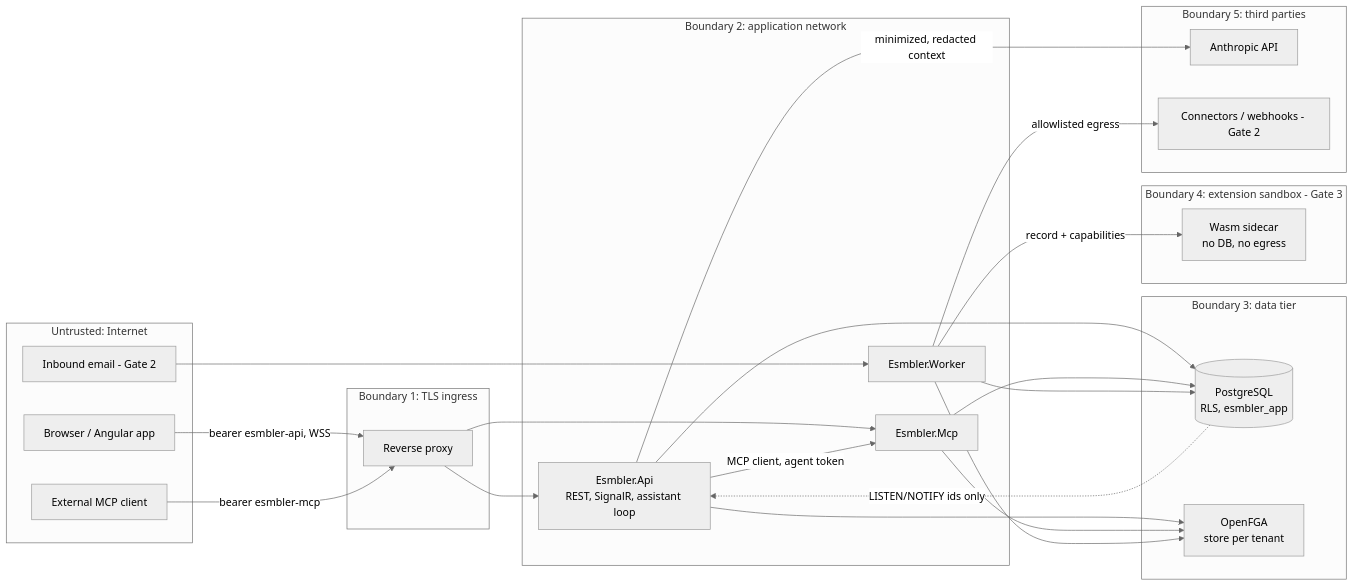
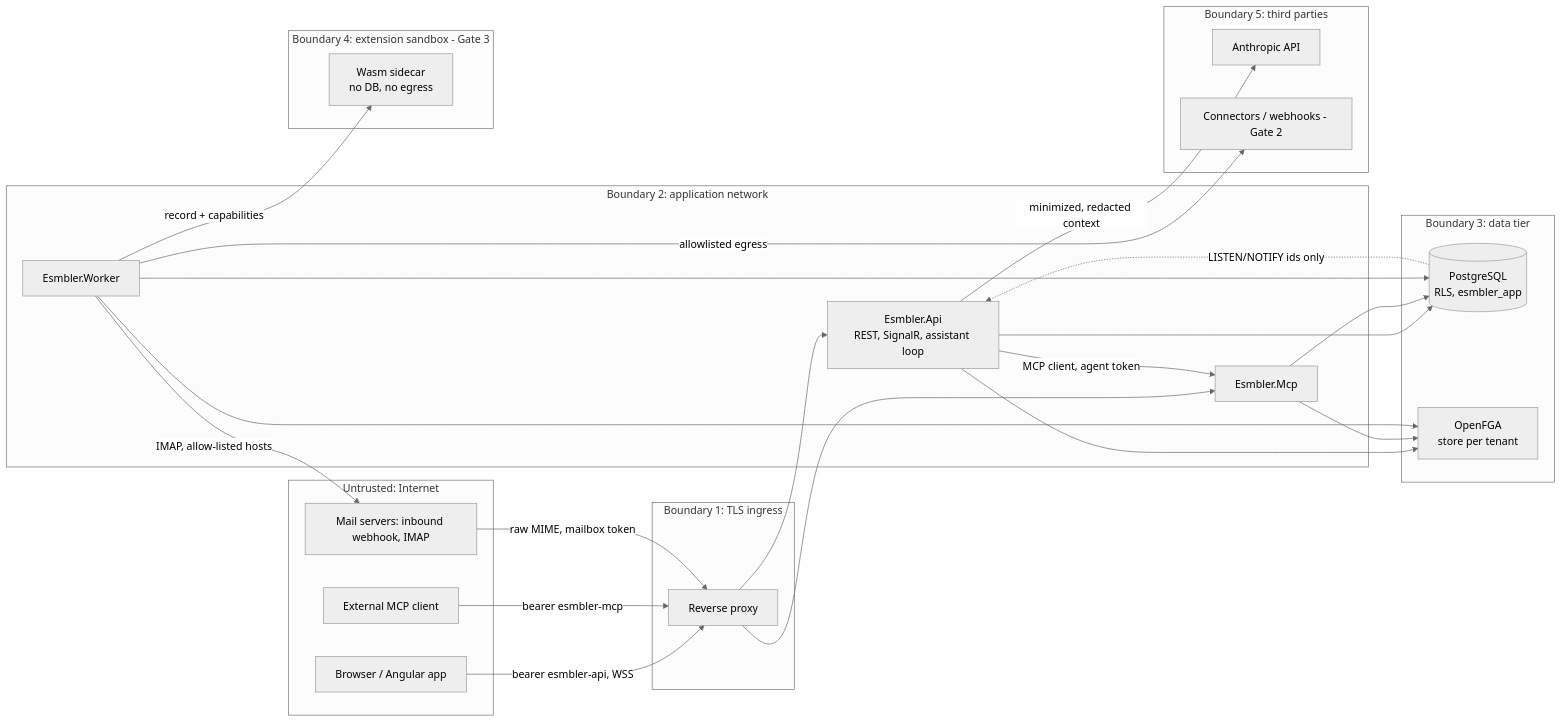
The diagram in docs/security/threat-model.md (DeadEndGG/esmbler), drawn with Mermaid (neutral theme) before and after one commit. The commit also changed other lines of this file and 35 other files, not shown here.

````diff
--- a/docs/security/threat-model.md
+++ b/docs/security/threat-model.md
@@ -27,41 +27,42 @@
 ```mermaid
 flowchart LR
     subgraph Internet["Untrusted: Internet"]
         B[Browser / Angular app]
         EXT[External MCP client]
-        MAIL[Inbound email - Gate 2]
+        MAIL[Mail servers: inbound webhook, IMAP]
     end
     subgraph Edge["Boundary 1: TLS ingress"]
         RP[Reverse proxy]
     end
     subgraph App["Boundary 2: application network"]
         API[Esmbler.Api<br/>REST, SignalR, assistant loop]
         MCP[Esmbler.Mcp]
         WRK[Esmbler.Worker]
     end
     subgraph Data["Boundary 3: data tier"]
         PG[(PostgreSQL<br/>RLS, esmbler_app)]
         FGA[OpenFGA<br/>store per tenant]
     end
     subgraph Sandbox["Boundary 4: extension sandbox - Gate 3"]
         WASM[Wasm sidecar<br/>no DB, no egress]
     end
     subgraph Third["Boundary 5: third parties"]
         ANT[Anthropic API]
         CONN[Connectors / webhooks - Gate 2]
     end
     B -->|bearer esmbler-api, WSS| RP --> API
     EXT -->|bearer esmbler-mcp| RP --> MCP
-    MAIL --> WRK
+    MAIL -->|raw MIME, mailbox token| RP
+    WRK -->|IMAP, allow-listed hosts| MAIL
     API -->|MCP client, agent token| MCP
     API -->|minimized, redacted context| ANT
     API --> PG
     MCP --> PG
     WRK --> PG
     API --> FGA
     MCP --> FGA
     WRK --> FGA
     PG -.->|LISTEN/NOTIFY ids only| API
     WRK -->|record + capabilities| WASM
     WRK -->|allowlisted egress| CONN
 ```
````
